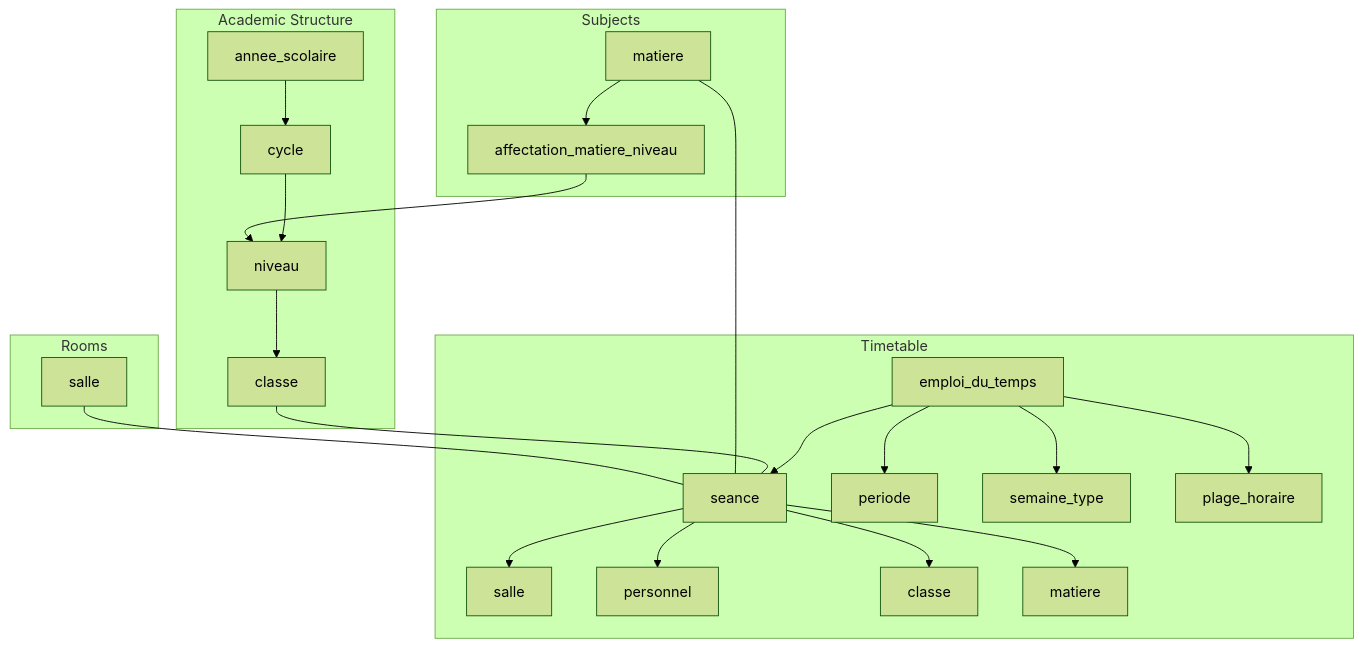
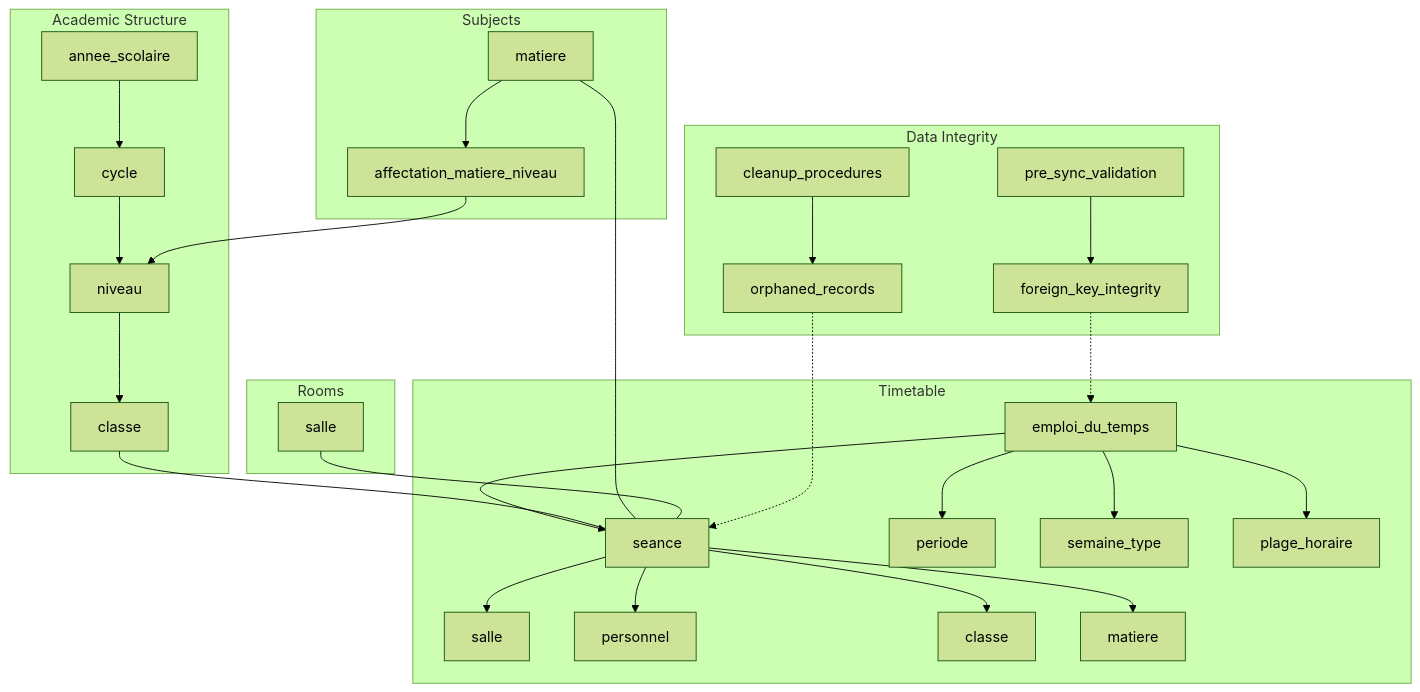
The first of 7 diagrams in .qoder/repowiki/en/content/Database Schema Design/Academic Schema/Class & Scheduling System.md (franckylab/eLISAschool), drawn with Mermaid (forest theme) before and after one commit. The commit also changed other lines of this file and 49 other files, not shown here.

````diff
--- a/.qoder/repowiki/en/content/Database Schema Design/Academic Schema/Class & Scheduling System.md
+++ b/.qoder/repowiki/en/content/Database Schema Design/Academic Schema/Class & Scheduling System.md
@@ -74,28 +87,34 @@
 ```mermaid
 graph TB
 subgraph "Academic Structure"
 A["annee_scolaire"] --> B["cycle"]
 B --> C["niveau"]
 C --> D["classe"]
 end
 subgraph "Subjects"
 E["matiere"] --> F["affectation_matiere_niveau"]
 F --> C
 end
 subgraph "Timetable"
 G["emploi_du_temps"] --> H["seance"]
 G --> I["periode"]
 G --> J["semaine_type"]
 G --> K["plage_horaire"]
 H --> L["salle"]
 H --> M["personnel"]
 H --> N["classe"]
 H --> O["matiere"]
 end
 subgraph "Rooms"
 P["salle"]
 end
 D --- H
 E --- H
 P --- H
+subgraph "Data Integrity"
+Q["cleanup_procedures"] --> R["orphaned_records"]
+S["pre_sync_validation"] --> T["foreign_key_integrity"]
+end
+R -.-> H
+T -.-> G
 ```
````
